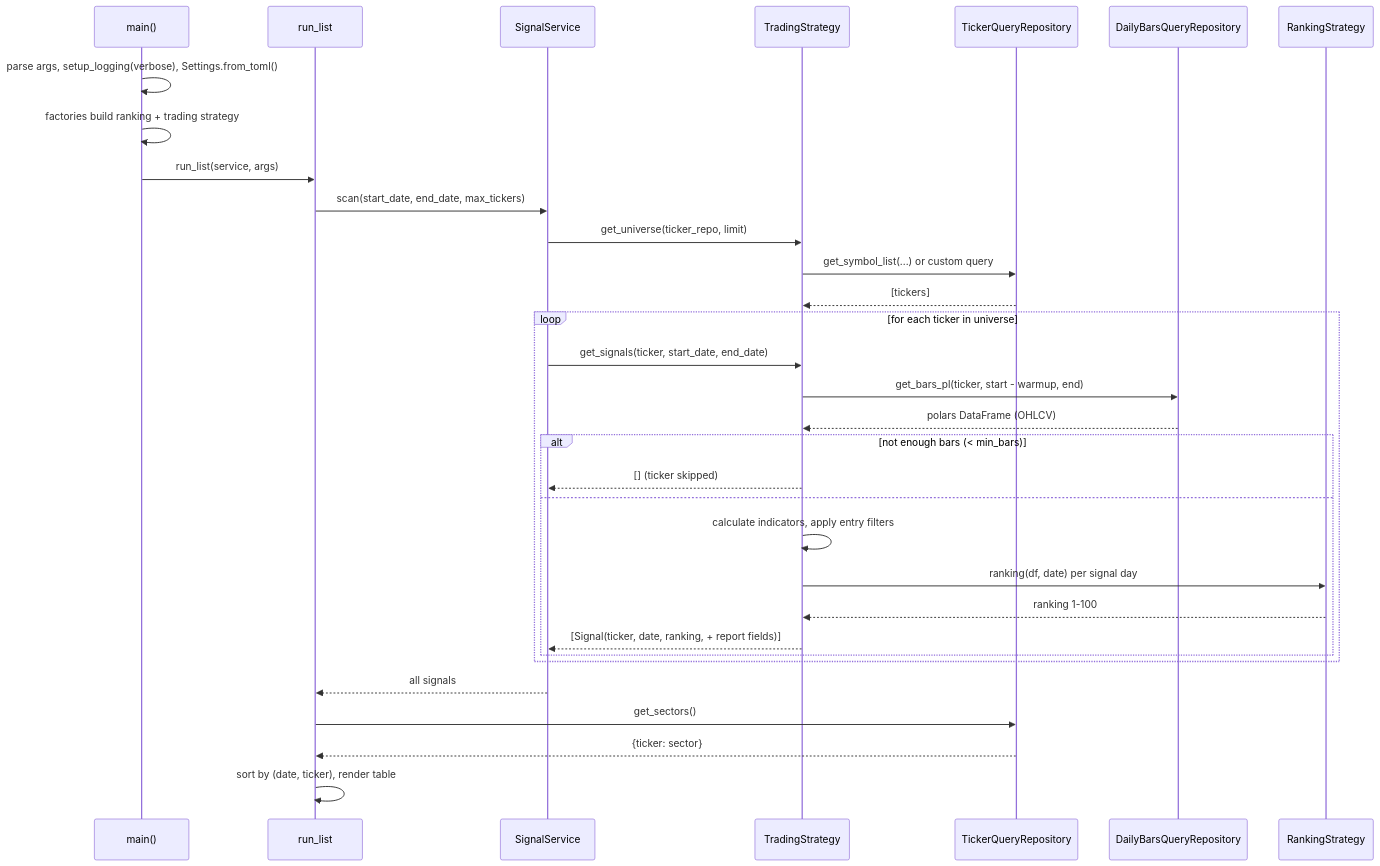
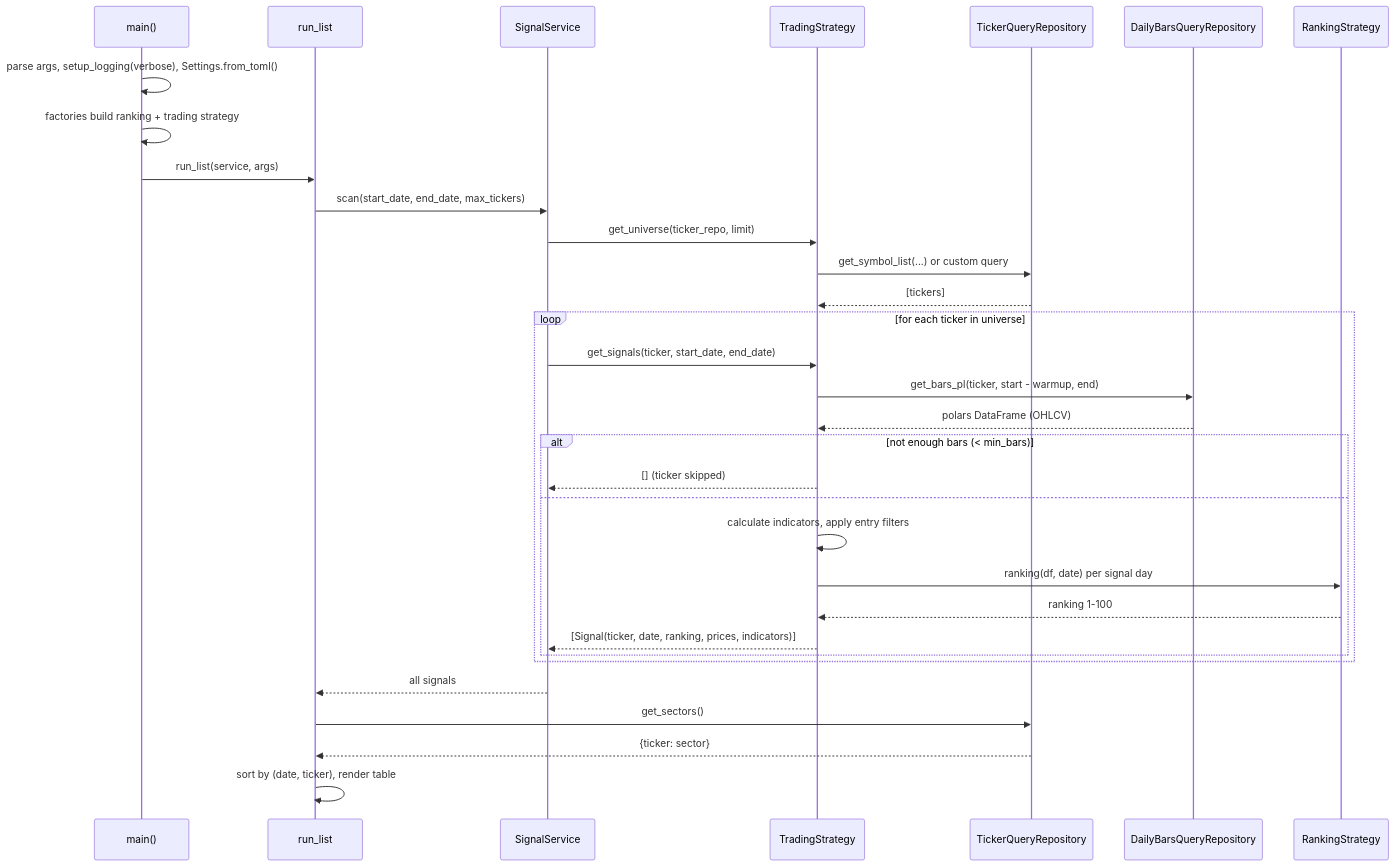
Before and after one commit to jaaknt/turtle-backtest: the second of 2 diagrams in docs/signal_runner.md, drawn with Mermaid. The commit also changed other lines of this file and 6 other files, not shown here.

````diff
--- a/docs/signal_runner.md
+++ b/docs/signal_runner.md
@@ -45,35 +45,35 @@
 ```mermaid
 sequenceDiagram
     participant M as main()
     participant H as run_list
     participant S as SignalService
     participant T as TradingStrategy
     participant TR as TickerQueryRepository
     participant BR as DailyBarsQueryRepository
     participant R as RankingStrategy
 
     M->>M: parse args, setup_logging(verbose), Settings.from_toml()
     M->>M: factories build ranking + trading strategy
     M->>H: run_list(service, args)
     H->>S: scan(start_date, end_date, max_tickers)
     S->>T: get_universe(ticker_repo, limit)
     T->>TR: get_symbol_list(...) or custom query
     TR-->>T: [tickers]
     loop for each ticker in universe
         S->>T: get_signals(ticker, start_date, end_date)
         T->>BR: get_bars_pl(ticker, start - warmup, end)
         BR-->>T: polars DataFrame (OHLCV)
         alt not enough bars (< min_bars)
             T-->>S: [] (ticker skipped)
         else
             T->>T: calculate indicators, apply entry filters
             T->>R: ranking(df, date) per signal day
             R-->>T: ranking 1-100
-            T-->>S: [Signal(ticker, date, ranking, + report fields)]
+            T-->>S: [Signal(ticker, date, ranking, prices, indicators)]
         end
     end
     S-->>H: all signals
     H->>TR: get_sectors()
     TR-->>H: {ticker: sector}
     H->>H: sort by (date, ticker), render table
 ```
````
